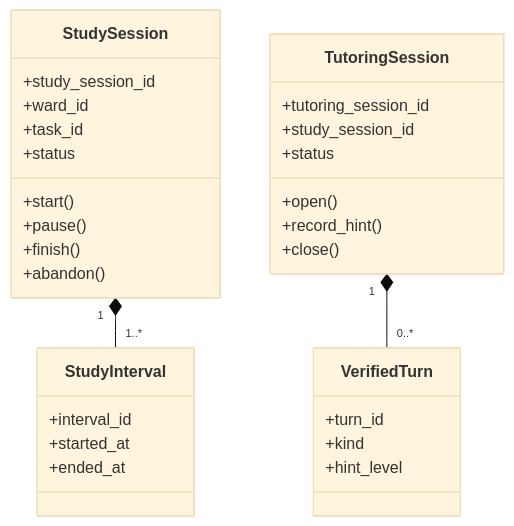
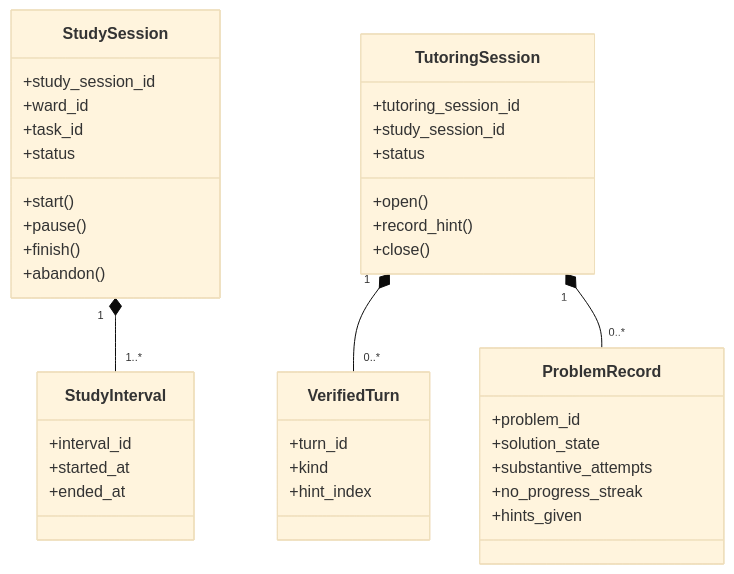
The fourth of 12 diagrams in docs/technical/domain-study.md (johanchow/duxue), drawn with Mermaid (base theme) before and after one commit. The commit also changed other lines of this file and 43 other files, not shown here.

````diff
--- a/docs/technical/domain-study.md
+++ b/docs/technical/domain-study.md
@@ -167,33 +205,41 @@
 ```mermaid
 classDiagram
     class StudySession {
         +study_session_id
         +ward_id
         +task_id
         +status
         +start()
         +pause()
         +finish()
         +abandon()
     }
     class StudyInterval {
         +interval_id
         +started_at
         +ended_at
     }
     class TutoringSession {
         +tutoring_session_id
         +study_session_id
         +status
         +open()
         +record_hint()
         +close()
     }
     class VerifiedTurn {
         +turn_id
         +kind
-        +hint_level
+        +hint_index
+    }
+    class ProblemRecord {
+        +problem_id
+        +solution_state
+        +substantive_attempts
+        +no_progress_streak
+        +hints_given
     }
     StudySession "1" *-- "1..*" StudyInterval
     TutoringSession "1" *-- "0..*" VerifiedTurn
+    TutoringSession "1" *-- "0..*" ProblemRecord
 ```
````
